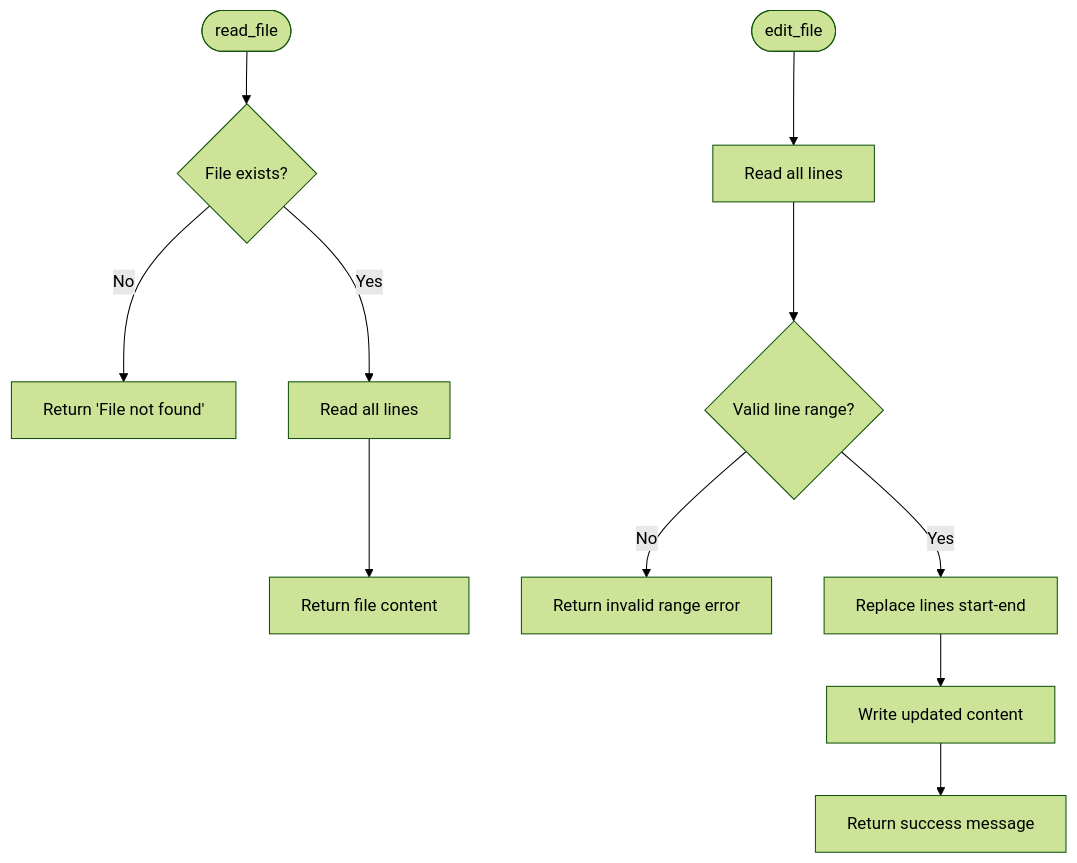
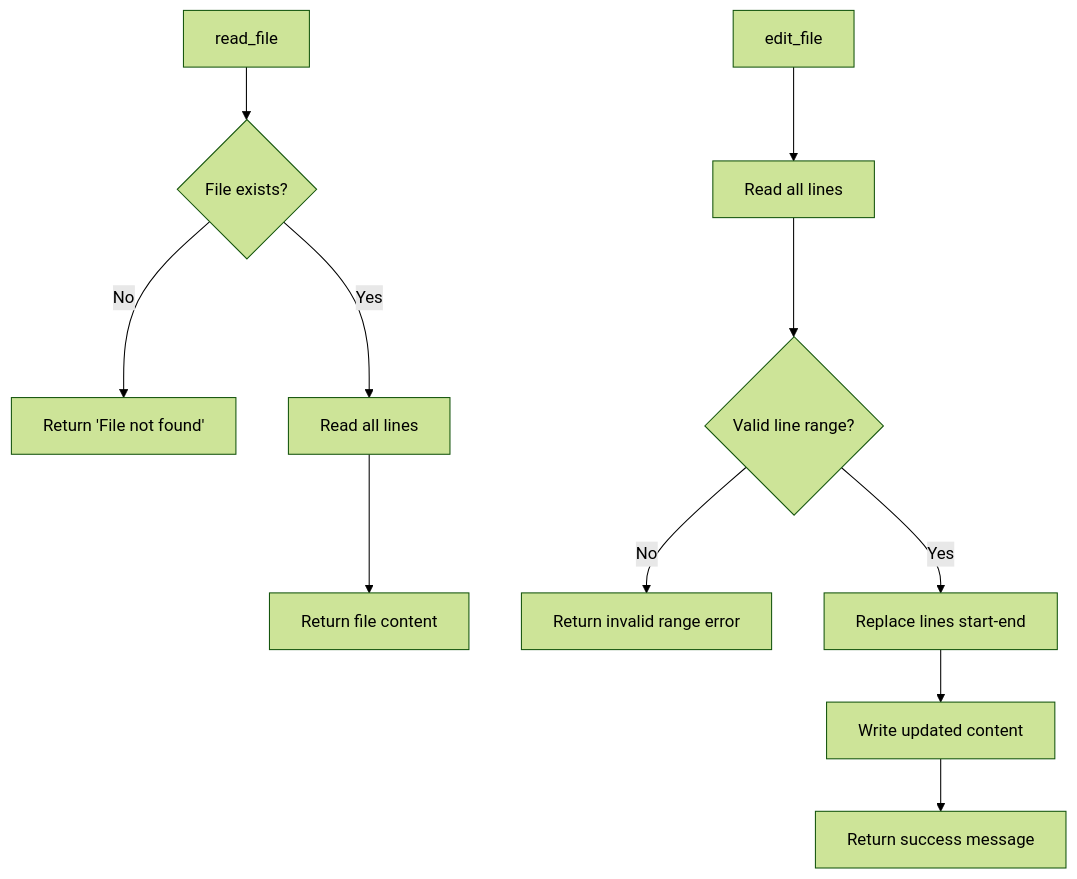
The second of 5 diagrams in docs/Action System/IO Actions.md (Likhithsai2580/RAVANA-WIKI), drawn with Mermaid (forest theme) before and after one commit. The commit also changed 52 other files, not shown here.

First line of the commit message:
chore(docs): update documentation content, fix Mermaid diagrams, and enhance README

````diff
--- a/docs/Action System/IO Actions.md
+++ b/docs/Action System/IO Actions.md
@@ -126,13 +126,13 @@
 ```mermaid
 flowchart TD
-Start([read_file]) --> CheckExistence{"File exists?"}
+Start["read_file"] --> CheckExistence{"File exists?"}
 CheckExistence --> |No| ReturnError["Return 'File not found'"]
 CheckExistence --> |Yes| ReadContent["Read all lines"]
 ReadContent --> Output["Return file content"]
-EditStart([edit_file]) --> ReadLines["Read all lines"]
+EditStart["edit_file"] --> ReadLines["Read all lines"]
 ReadLines --> ValidateRange{"Valid line range?"}
 ValidateRange --> |No| RangeError["Return invalid range error"]
 ValidateRange --> |Yes| ReplaceLines["Replace lines start-end"]
 ReplaceLines --> WriteFile["Write updated content"]
 WriteFile --> Success["Return success message"]
 ```
````
